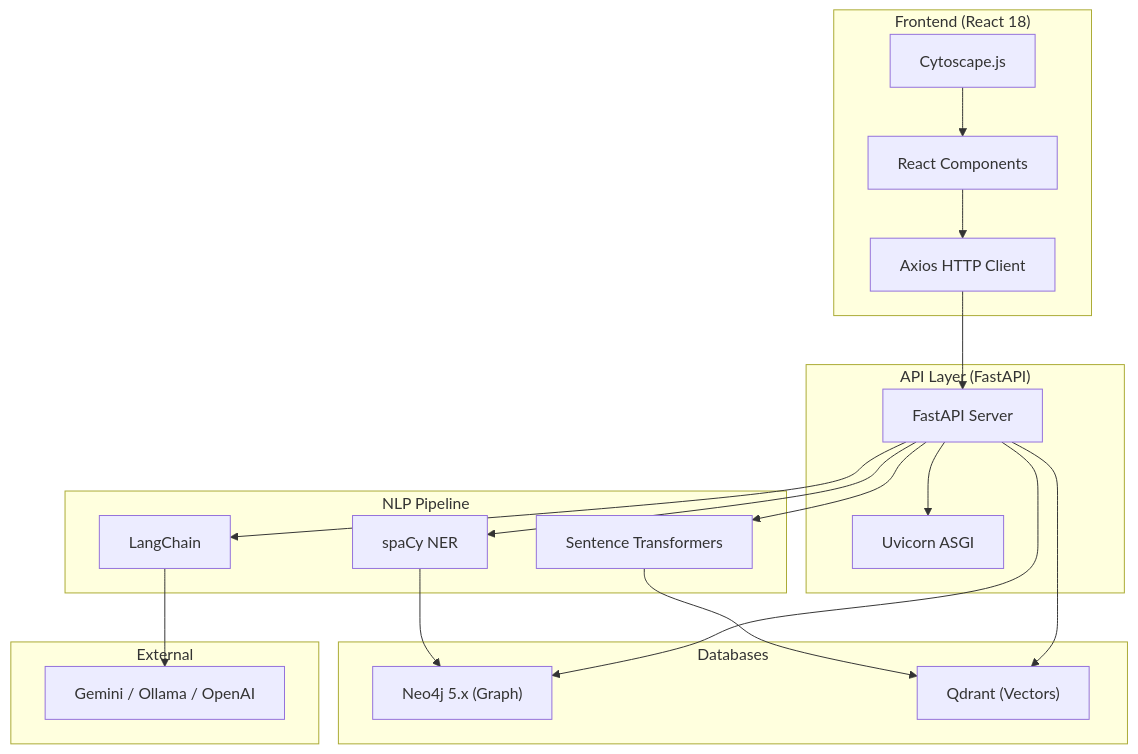
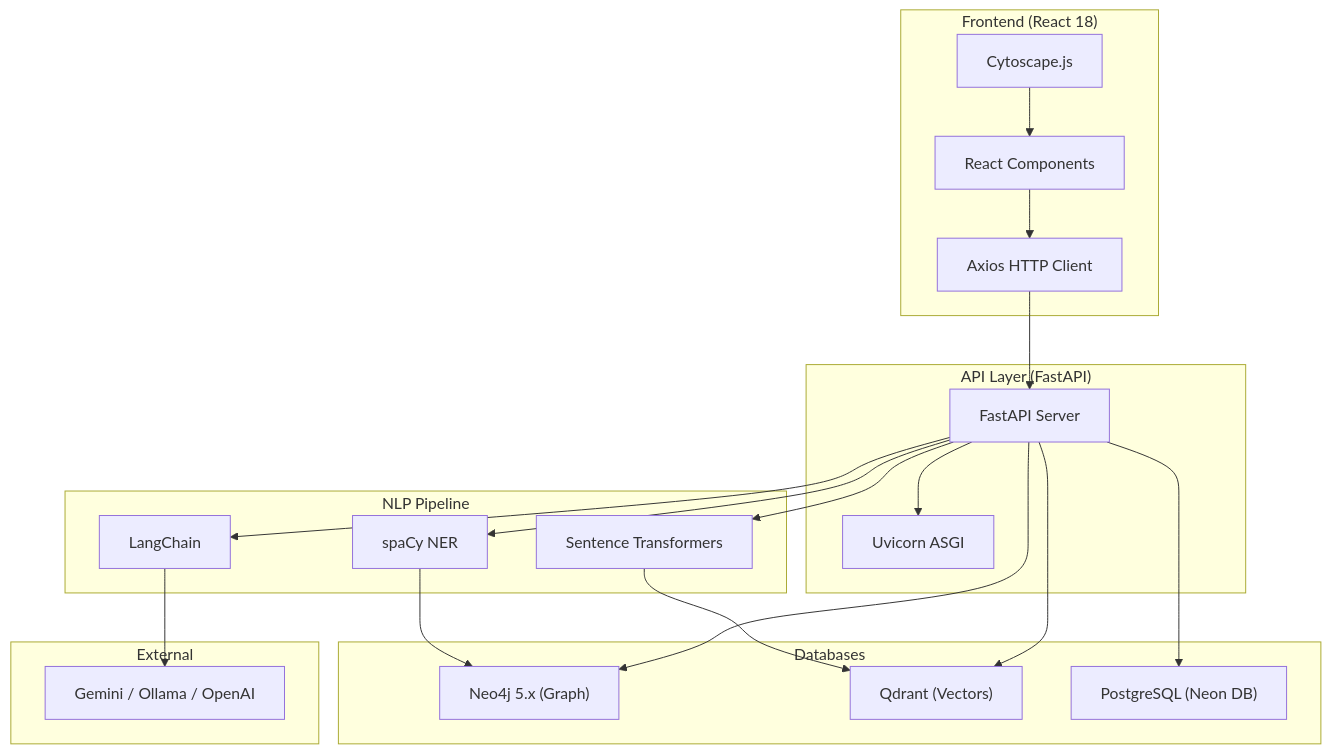
One commit to suraj-codes-24/Research-Node changed the diagram in docs/08_technology_stack.md. Above: the diagram before and after it, drawn with Mermaid. The commit also changed other lines of this file and 52 other files, not shown here.

Commit message:
Final project completion: PostgreSQL integration, UI enhancements, and documentation update

````diff
--- a/docs/08_technology_stack.md
+++ b/docs/08_technology_stack.md
@@ -85,41 +87,43 @@
 ```mermaid
 graph TB
     subgraph "Frontend (React 18)"
         R["React Components"]
         CY["Cytoscape.js"]
         AX["Axios HTTP Client"]
     end
 
     subgraph "API Layer (FastAPI)"
         FA["FastAPI Server"]
         UV["Uvicorn ASGI"]
     end
 
     subgraph "NLP Pipeline"
         SP["spaCy NER"]
         LC["LangChain"]
         ST["Sentence Transformers"]
     end
 
     subgraph "Databases"
         N4["Neo4j 5.x (Graph)"]
         QD["Qdrant (Vectors)"]
+        PG["PostgreSQL (Neon DB)"]
     end
 
     subgraph "External"
         LLM["Gemini / Ollama / OpenAI"]
     end
 
     R --> AX
     AX --> FA
     FA --> UV
     FA --> SP
     FA --> LC
     FA --> ST
     ST --> QD
     SP --> N4
     LC --> LLM
     FA --> N4
     FA --> QD
+    FA --> PG
     CY --> R
 ```
````
